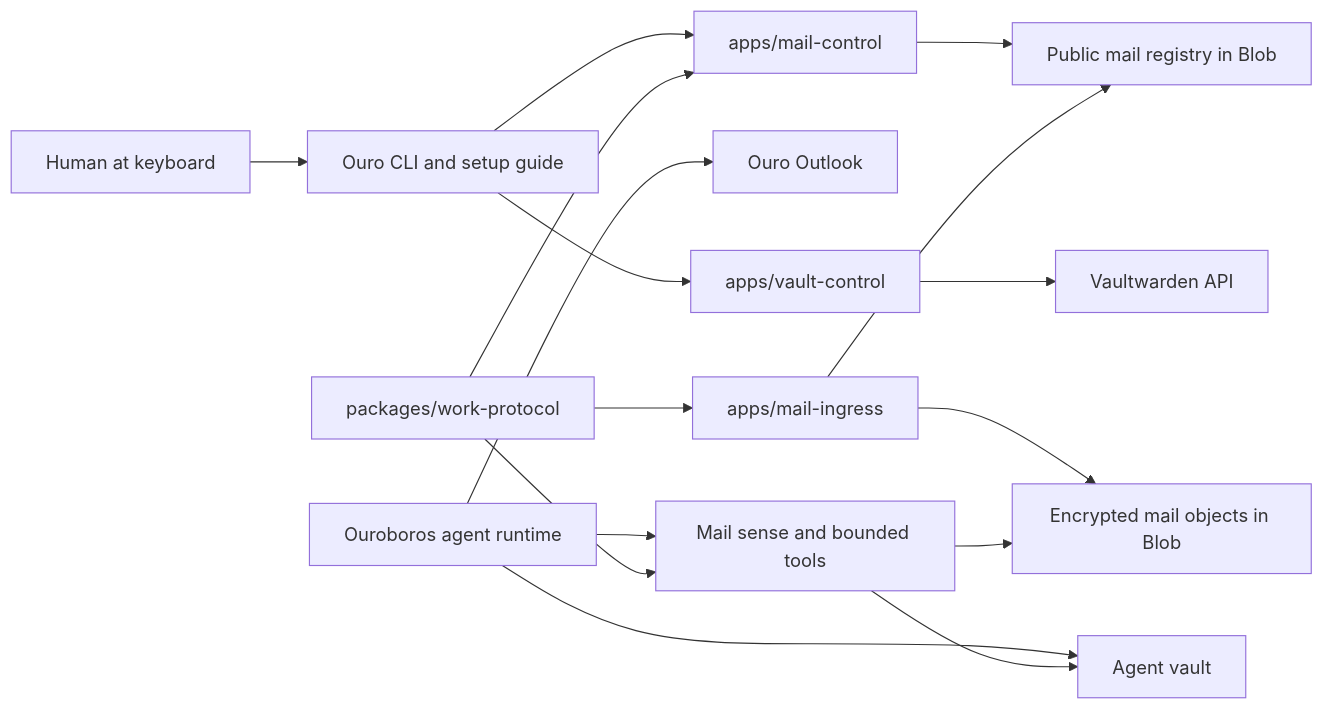
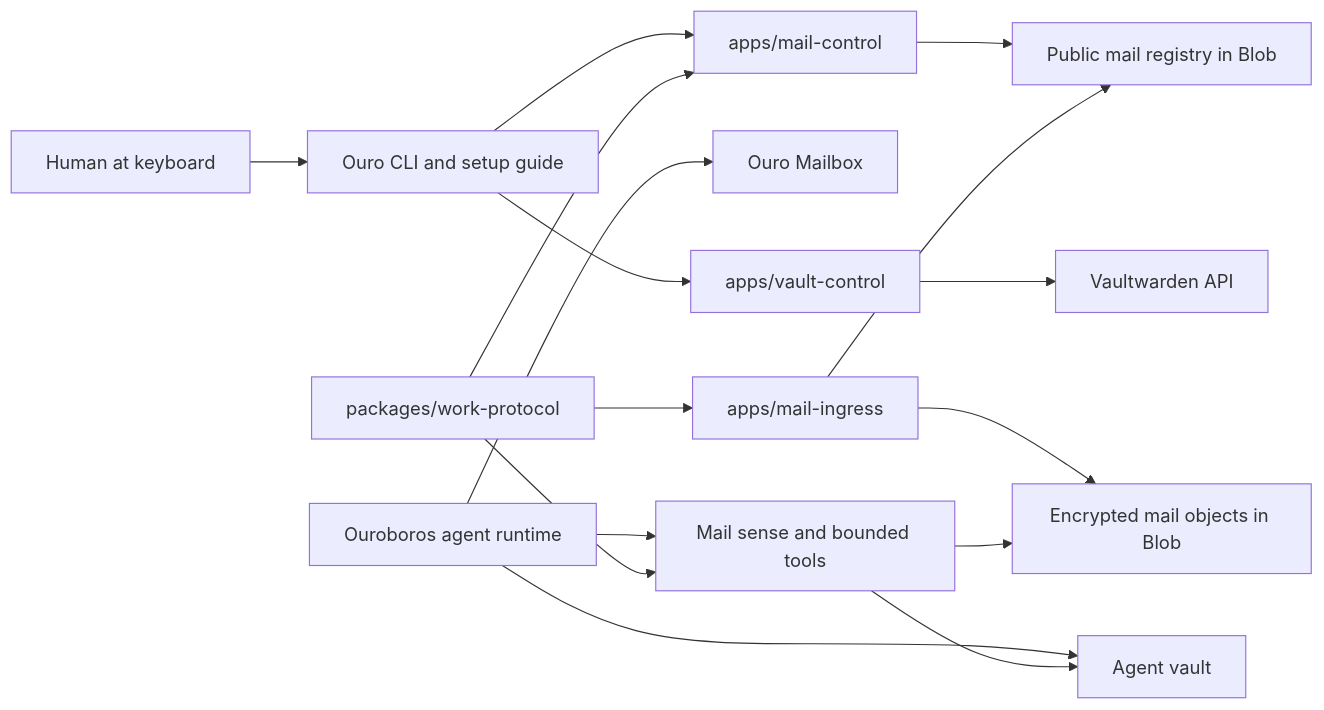
The diagram in docs/architecture.md (ouroborosbot/ouro-work-substrate), drawn with Mermaid before and after one commit. The commit also changed 5 other files, not shown here.

First line of the commit message:
docs: rename Ouro Outlook references to Mailbox

````diff
--- a/docs/architecture.md
+++ b/docs/architecture.md
@@ -13,18 +13,18 @@
 ```mermaid
 flowchart LR
   Human["Human at keyboard"] --> CLI["Ouro CLI and setup guide"]
   Agent["Ouroboros agent runtime"] --> Sense["Mail sense and bounded tools"]
   Agent --> Vault["Agent vault"]
-  Agent --> Outlook["Ouro Outlook"]
+  Agent --> Mailbox["Ouro Mailbox"]
   CLI --> MailControl["apps/mail-control"]
   CLI --> VaultControl["apps/vault-control"]
   MailControl --> Registry["Public mail registry in Blob"]
   Ingress["apps/mail-ingress"] --> Registry
   Ingress --> Store["Encrypted mail objects in Blob"]
   VaultControl --> Vaultwarden["Vaultwarden API"]
   Sense --> Store
   Sense --> Vault
   Protocol["packages/work-protocol"] --> MailControl
   Protocol --> Ingress
   Protocol --> Sense
 ```
````
